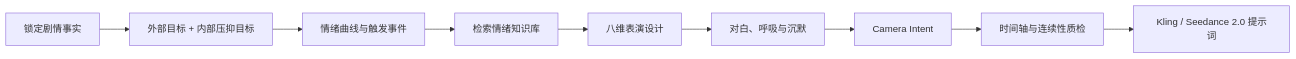
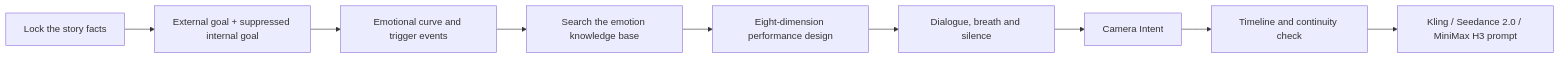
The diagram in README.md (michaeldune/act-skill), drawn with Mermaid before and after one commit. The commit also changed other lines of this file and 42 other files, not shown here.

First line of the commit message:
Translate the repository into English and add a MiniMax H3 adapter

````diff
--- a/README.md
+++ b/README.md
@@ -49,11 +52,11 @@
 ```mermaid
 flowchart LR
-    A["锁定剧情事实"] --> B["外部目标 + 内部压抑目标"]
-    B --> C["情绪曲线与触发事件"]
-    C --> D["检索情绪知识库"]
-    D --> E["八维表演设计"]
-    E --> F["对白、呼吸与沉默"]
+    A["Lock the story facts"] --> B["External goal + suppressed internal goal"]
+    B --> C["Emotional curve and trigger events"]
+    C --> D["Search the emotion knowledge base"]
+    D --> E["Eight-dimension performance design"]
+    E --> F["Dialogue, breath and silence"]
     F --> G["Camera Intent"]
-    G --> H["时间轴与连续性质检"]
-    H --> I["Kling / Seedance 2.0 提示词"]
+    G --> H["Timeline and continuity check"]
+    H --> I["Kling / Seedance 2.0 / MiniMax H3 prompt"]
 ```
````
